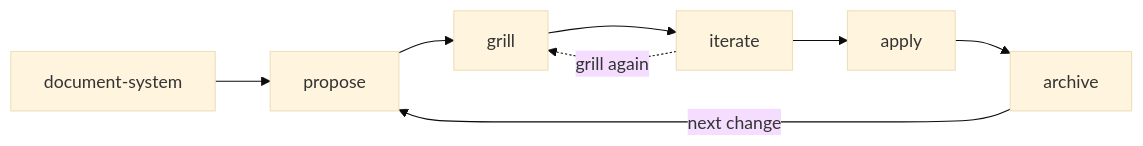
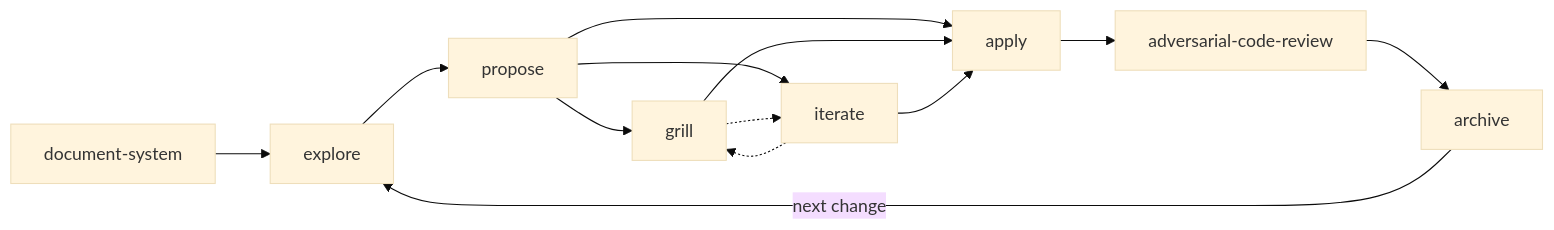
The first of 2 diagrams in README.md (tillg/till-claude-code-marketplace), drawn with Mermaid (base theme) before and after one commit. The commit also changed other lines of this file and 18 other files, not shown here.

````diff
--- a/README.md
+++ b/README.md
@@ -113,12 +113,15 @@
 ```mermaid
 graph LR
-    DS[document-system] --> P[propose]
+    DS[document-system] --> E[explore]
+    E --> P[propose]
     P --> G[grill]
-    G --> I[iterate]
-    I -.->|grill again| G
-
-    I --> A[apply]
-    A --> AR[archive]
-
-    AR -->|next change| P
+    P --> I[iterate]
+    G -.-> I
+    I -.-> G
+    P --> A[apply]
+    G --> A
+    I --> A
+    A --> R[adversarial-code-review]
+    R --> AR[archive]
+    AR -->|next change| E
 ```
````
